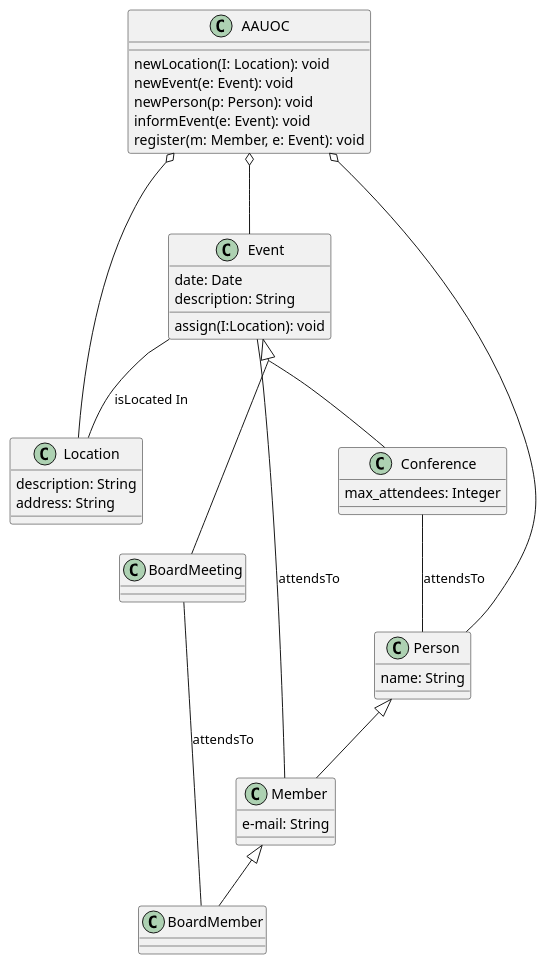
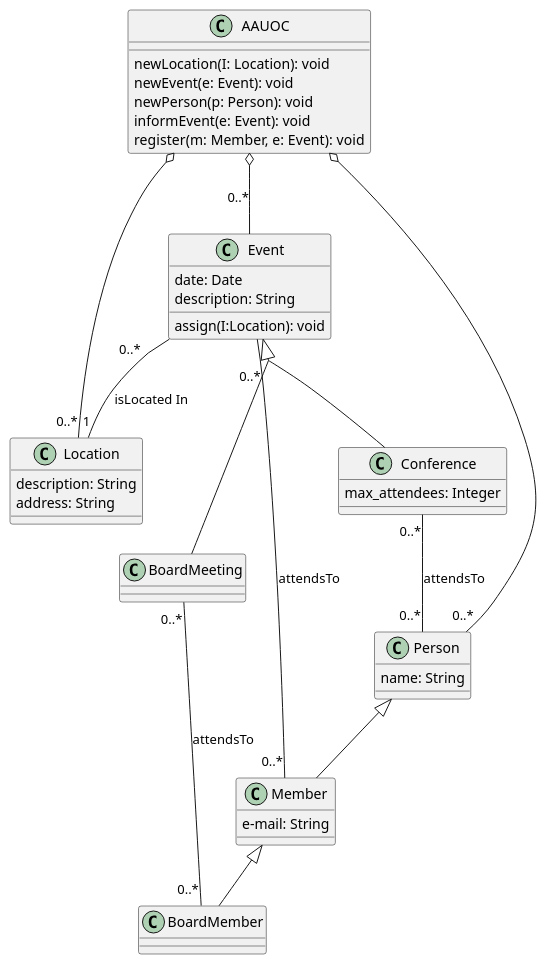
The diagram in PlantUML_UD11_DVGC/src/UML_UD11_DVGC.puml (valencodes/UMLClases_Daniela_Valentina_Galeote_Calderon), drawn with PlantUML before and after one commit. The commit also changed 1 other file, not shown here.

```diff
--- a/PlantUML_UD11_DVGC/src/UML_UD11_DVGC.puml
+++ b/PlantUML_UD11_DVGC/src/UML_UD11_DVGC.puml
@@ -1,52 +1,52 @@
 @startuml
 class Member
 class BoardMember
 class Event
 class Conference
 class BoardMeeting
 class Location
 class Person
 class AAUOC
 
 skinparam groupInheritance 2
 Event <|-- Conference
 Event <|-- BoardMeeting
 
 Person <|-- Member
 Member <|-- BoardMember
-AAUOC o-- Location
-AAUOC o-- Person
-AAUOC o-- Event
-Event -- Location:isLocated In
-BoardMeeting -- BoardMember:attendsTo
-Conference -- Person:attendsTo
-Event -- Member:attendsTo
+AAUOC o--"0..*" Location
+AAUOC o--"0..*" Person
+AAUOC o--"0..*" Event
+Event "0..*"--"1" Location:isLocated In
+BoardMeeting "0..*"--"0..*" BoardMember:attendsTo
+Conference "0..*"--"0..*" Person:attendsTo
+Event "0..*"--"0..*" Member:attendsTo
 
 class AAUOC {
   newLocation(I: Location): void
   newEvent(e: Event): void
   newPerson(p: Person): void
   informEvent(e: Event): void
   register(m: Member, e: Event): void
 }
 class Location{
     description: String
     address: String
 }
 class Person{
 name: String
 }
 class Event{
 date: Date
 description: String
 assign(I:Location): void
 }
 class Member{
 e-mail: String
 }
 class Conference{
 max_attendees: Integer
 }
 
 
 @enduml
```
